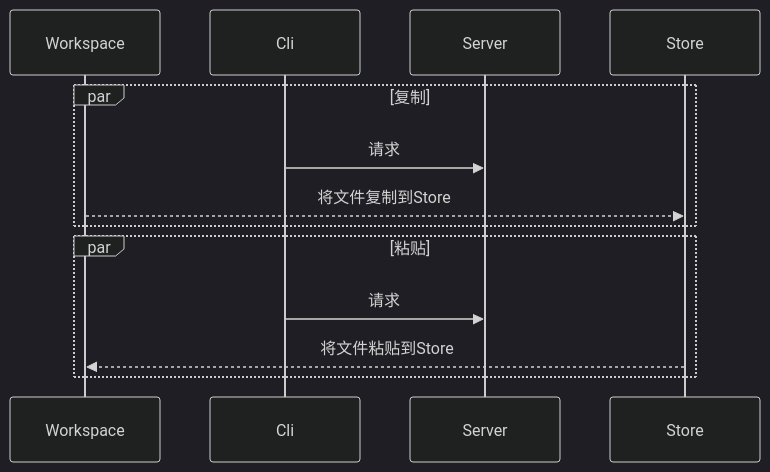
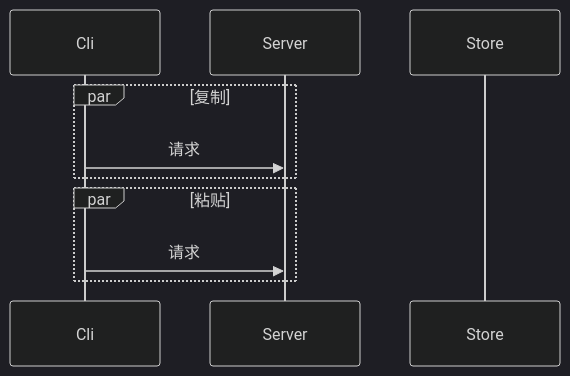
The diagram in README.md (ff77645/cp), drawn with Mermaid (dark theme) before and after one commit. The commit also changed 21 other files, not shown here.

````diff
--- a/README.md
+++ b/README.md
@@ -29,18 +29,15 @@
 ```mermaid
 sequenceDiagram
-    participant Workspace
     participant Cli
     participant Server
     participant Store
 
     par 复制
       Cli ->> Server: 请求
-      Workspace -->> Store: 将文件复制到Store
     end
 
     par 粘贴
       Cli ->> Server: 请求
-      Store -->> Workspace: 将文件粘贴到Store
     end
 
 ```
````
